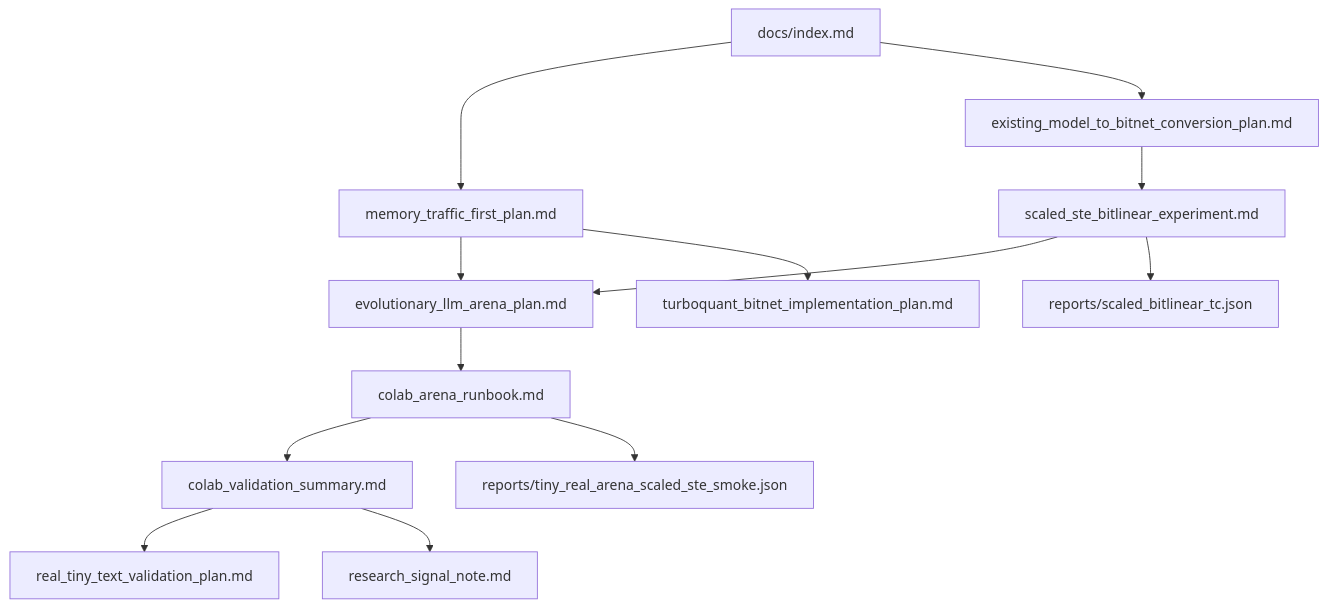
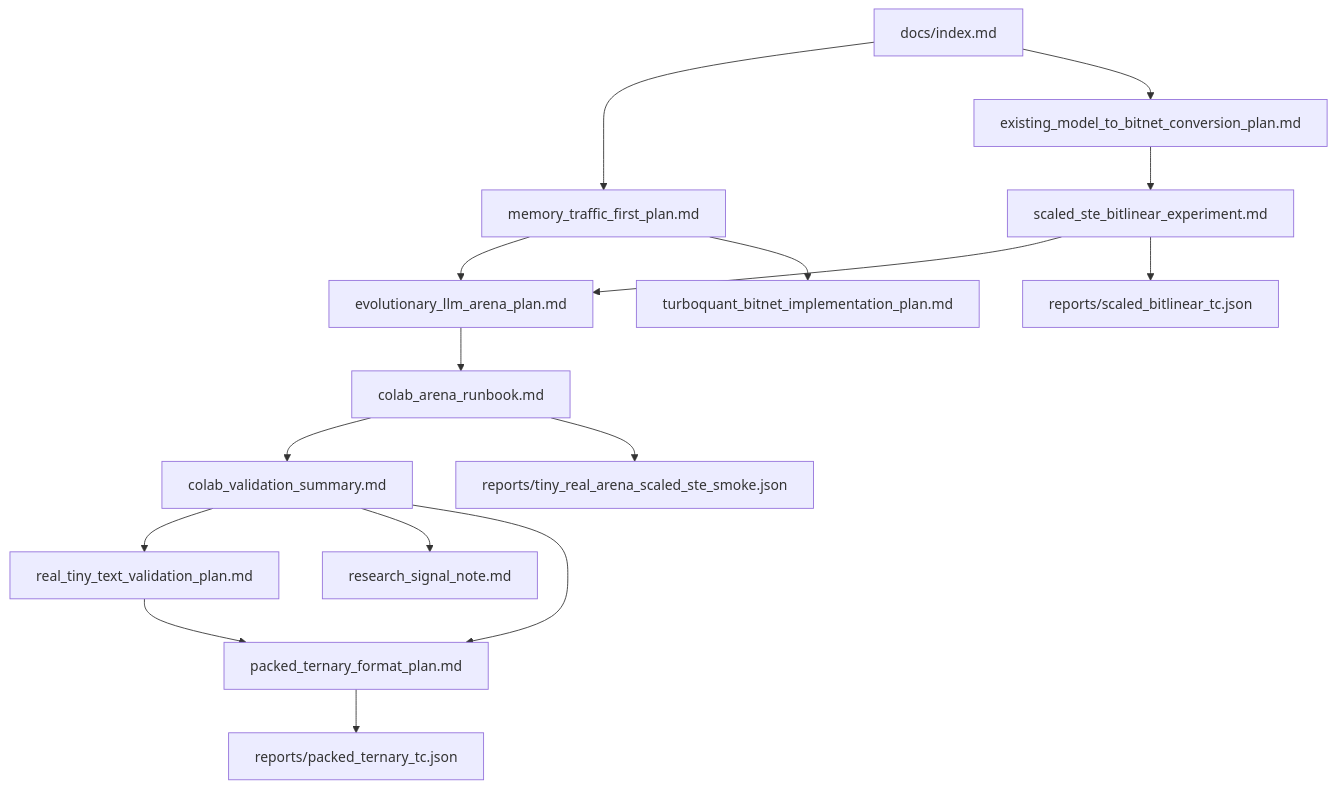
The diagram in docs/index.md (gtpk/BitNet-Transformers), drawn with Mermaid before and after one commit. The commit also changed other lines of this file and 8 other files, not shown here.

Commit message:
Add packed ternary format reference

````diff
--- a/docs/index.md
+++ b/docs/index.md
@@ -69,15 +85,18 @@
 ```mermaid
 flowchart TD
   A["docs/index.md"] --> B["memory_traffic_first_plan.md"]
   A --> C["existing_model_to_bitnet_conversion_plan.md"]
   C --> D["scaled_ste_bitlinear_experiment.md"]
   D --> E["evolutionary_llm_arena_plan.md"]
   E --> F["colab_arena_runbook.md"]
   F --> J["colab_validation_summary.md"]
   J --> K["real_tiny_text_validation_plan.md"]
   J --> L["research_signal_note.md"]
+  J --> M["packed_ternary_format_plan.md"]
+  K --> M["packed_ternary_format_plan.md"]
   B --> E
   B --> G["turboquant_bitnet_implementation_plan.md"]
   F --> H["reports/tiny_real_arena_scaled_ste_smoke.json"]
   D --> I["reports/scaled_bitlinear_tc.json"]
+  M --> N["reports/packed_ternary_tc.json"]
 ```
````
